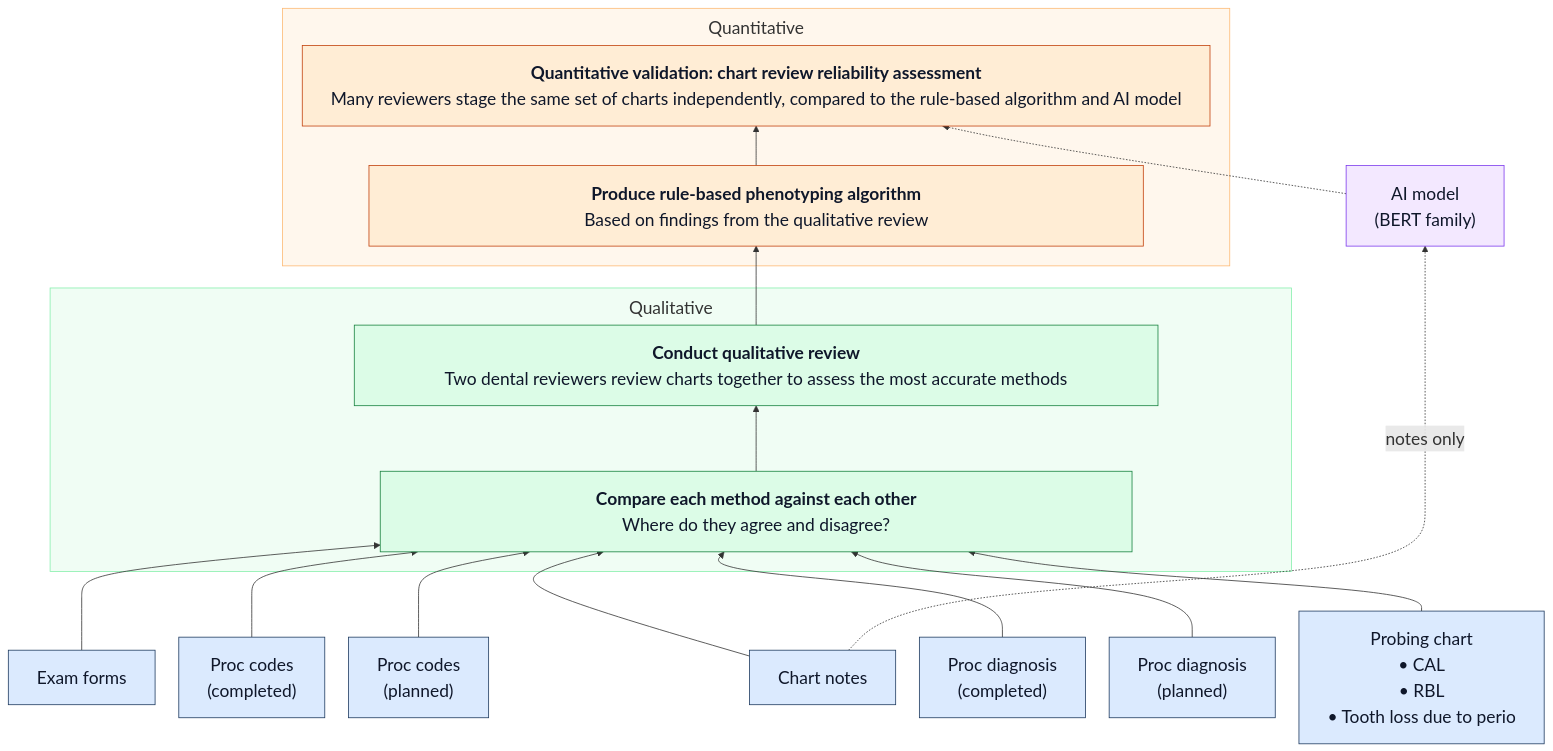
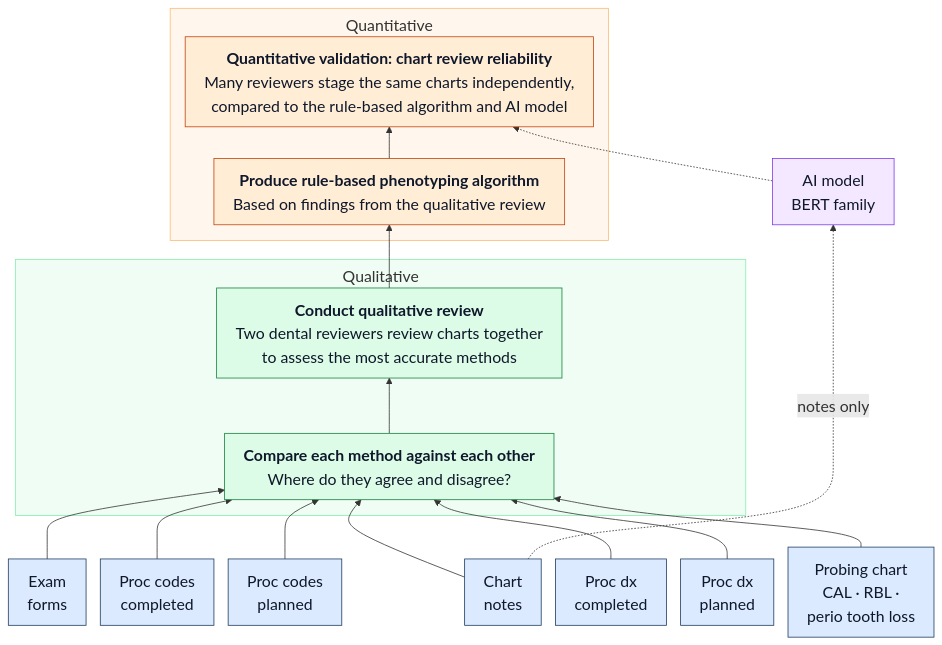
Before and after one commit to Health-Transformation-Lab/health-transformation-lab-nlp: the diagram in docs/process.md, drawn with Mermaid. The commit also changed 1 other file, not shown here.

Commit message:
Process diagram: narrower layout so text is readable at README width
Claude-Session: https://claude.ai/code/session_01XzP3S3TKJgW5SmtBTtKn6T

````diff
--- a/docs/process.md
+++ b/docs/process.md
@@ -7,37 +7,37 @@
 ```mermaid
-%%{init: {"themeVariables": {"fontSize": "22px"}, "flowchart": {"wrappingWidth": 1400, "nodeSpacing": 30, "rankSpacing": 50, "padding": 18, "subGraphTitleMargin": {"top": 8, "bottom": 14}}}}%%
+%%{init: {"themeVariables": {"fontSize": "20px"}, "flowchart": {"wrappingWidth": 900, "nodeSpacing": 18, "rankSpacing": 40, "padding": 12, "subGraphTitleMargin": {"top": 6, "bottom": 10}}}}%%
 flowchart BT
-        N["Chart notes"]
-        E["Exam forms"]
-        PC["Proc codes<br/>(completed)"]
-        PP["Proc codes<br/>(planned)"]
-        DC["Proc diagnosis<br/>(completed)"]
-        DP["Proc diagnosis<br/>(planned)"]
-        PR["Probing chart<br/>• CAL<br/>• RBL<br/>• Tooth loss due to perio"]
+    N["Chart<br/>notes"]
+    E["Exam<br/>forms"]
+    PC["Proc codes<br/>completed"]
+    PP["Proc codes<br/>planned"]
+    DC["Proc dx<br/>completed"]
+    DP["Proc dx<br/>planned"]
+    PR["Probing chart<br/>CAL · RBL ·<br/>perio tooth loss"]
 
     subgraph Q["Qualitative"]
-        C["<b>Compare each method against each other</b><br/>&nbsp;&nbsp;&nbsp;&nbsp;&nbsp;&nbsp;&nbsp;&nbsp;&nbsp;&nbsp;&nbsp;&nbsp;&nbsp;&nbsp;&nbsp;&nbsp;&nbsp;&nbsp;&nbsp;&nbsp;&nbsp;&nbsp;&nbsp;&nbsp;&nbsp;&nbsp;&nbsp;&nbsp;&nbsp;&nbsp;&nbsp;&nbsp;&nbsp;&nbsp;&nbsp;&nbsp;&nbsp;&nbsp;&nbsp;&nbsp;&nbsp;&nbsp;&nbsp;&nbsp;&nbsp;&nbsp;&nbsp;&nbsp;Where do they agree and disagree?&nbsp;&nbsp;&nbsp;&nbsp;&nbsp;&nbsp;&nbsp;&nbsp;&nbsp;&nbsp;&nbsp;&nbsp;&nbsp;&nbsp;&nbsp;&nbsp;&nbsp;&nbsp;&nbsp;&nbsp;&nbsp;&nbsp;&nbsp;&nbsp;&nbsp;&nbsp;&nbsp;&nbsp;&nbsp;&nbsp;&nbsp;&nbsp;&nbsp;&nbsp;&nbsp;&nbsp;&nbsp;&nbsp;&nbsp;&nbsp;&nbsp;&nbsp;&nbsp;&nbsp;&nbsp;&nbsp;&nbsp;&nbsp;"]
-        R["<b>Conduct qualitative review</b><br/>&nbsp;&nbsp;&nbsp;&nbsp;&nbsp;&nbsp;&nbsp;&nbsp;&nbsp;&nbsp;&nbsp;&nbsp;&nbsp;&nbsp;Two dental reviewers review charts together to assess the most accurate methods&nbsp;&nbsp;&nbsp;&nbsp;&nbsp;&nbsp;&nbsp;&nbsp;&nbsp;&nbsp;&nbsp;&nbsp;&nbsp;&nbsp;"]
+        C["<b>Compare each method against each other</b><br/>Where do they agree and disagree?"]
+        R["<b>Conduct qualitative review</b><br/>Two dental reviewers review charts together<br/>to assess the most accurate methods"]
     end
 
     subgraph V["Quantitative"]
-        A["<b>Produce rule-based phenotyping algorithm</b><br/>&nbsp;&nbsp;&nbsp;&nbsp;&nbsp;&nbsp;&nbsp;&nbsp;&nbsp;&nbsp;&nbsp;&nbsp;&nbsp;&nbsp;&nbsp;&nbsp;&nbsp;&nbsp;&nbsp;&nbsp;&nbsp;&nbsp;&nbsp;&nbsp;&nbsp;&nbsp;&nbsp;&nbsp;&nbsp;&nbsp;&nbsp;&nbsp;&nbsp;&nbsp;&nbsp;&nbsp;&nbsp;&nbsp;&nbsp;&nbsp;&nbsp;&nbsp;Based on findings from the qualitative review&nbsp;&nbsp;&nbsp;&nbsp;&nbsp;&nbsp;&nbsp;&nbsp;&nbsp;&nbsp;&nbsp;&nbsp;&nbsp;&nbsp;&nbsp;&nbsp;&nbsp;&nbsp;&nbsp;&nbsp;&nbsp;&nbsp;&nbsp;&nbsp;&nbsp;&nbsp;&nbsp;&nbsp;&nbsp;&nbsp;&nbsp;&nbsp;&nbsp;&nbsp;&nbsp;&nbsp;&nbsp;&nbsp;&nbsp;&nbsp;&nbsp;&nbsp;"]
-        QV["<b>Quantitative validation: chart review reliability assessment</b><br/>Many reviewers stage the same set of charts independently, compared to the rule-based algorithm and AI model"]
+        A["<b>Produce rule-based phenotyping algorithm</b><br/>Based on findings from the qualitative review"]
+        QV["<b>Quantitative validation: chart review reliability</b><br/>Many reviewers stage the same charts independently,<br/>compared to the rule-based algorithm and AI model"]
     end
 
     N & E & PC & PP & DC & DP & PR --> C
     C --> R --> A --> QV
-    N -. "notes only" .-> AI["AI model<br/>(BERT family)"]
+    N -. "notes only" .-> AI["AI model<br/>BERT family"]
     AI -.-> QV
 
     classDef src fill:#dbeafe,stroke:#1e3a5f,color:#0f172a
     classDef qual fill:#dcfce7,stroke:#15803d,color:#0f172a
     classDef quant fill:#ffedd5,stroke:#c2410c,color:#0f172a
     classDef ai fill:#f3e8ff,stroke:#7c3aed,color:#0f172a
     class N,E,PC,PP,DC,DP,PR src
     class C,R qual
     class A,QV quant
     class AI ai
     style Q fill:#f0fdf4,stroke:#86efac
     style V fill:#fff7ed,stroke:#fdba74
 ```
````
